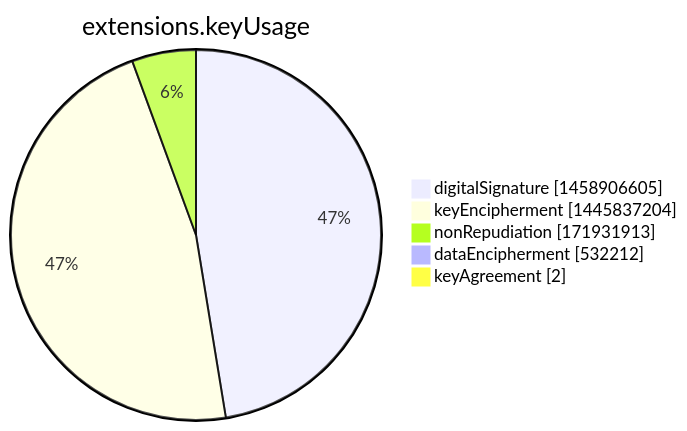
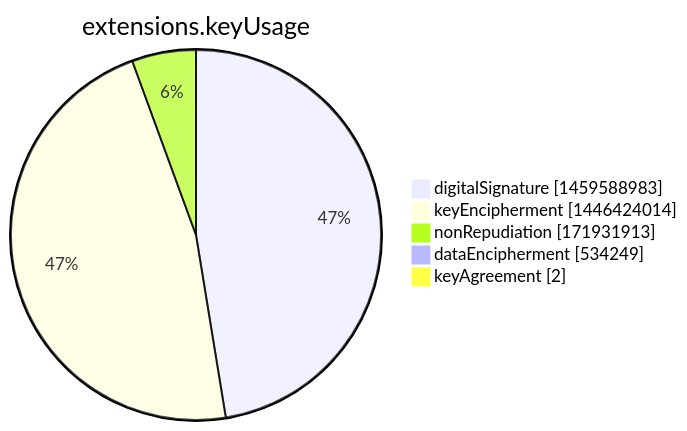
Before and after one commit to christiankrug/ctmonitor_visualization: the seventh of 15 diagrams in argon2022/README.md, drawn with Mermaid. The commit also changed other lines of this file, not shown here.

````diff
--- a/argon2022/README.md
+++ b/argon2022/README.md
@@ -2751,9 +2751,9 @@
 ```mermaid
 pie showData
 title extensions.keyUsage
-"digitalSignature" :1458906605
-"keyEncipherment" :1445837204
+"digitalSignature" :1459588983
+"keyEncipherment" :1446424014
 "nonRepudiation" :171931913
-"dataEncipherment" :532212
+"dataEncipherment" :534249
 "keyAgreement" :2
 ```
````
